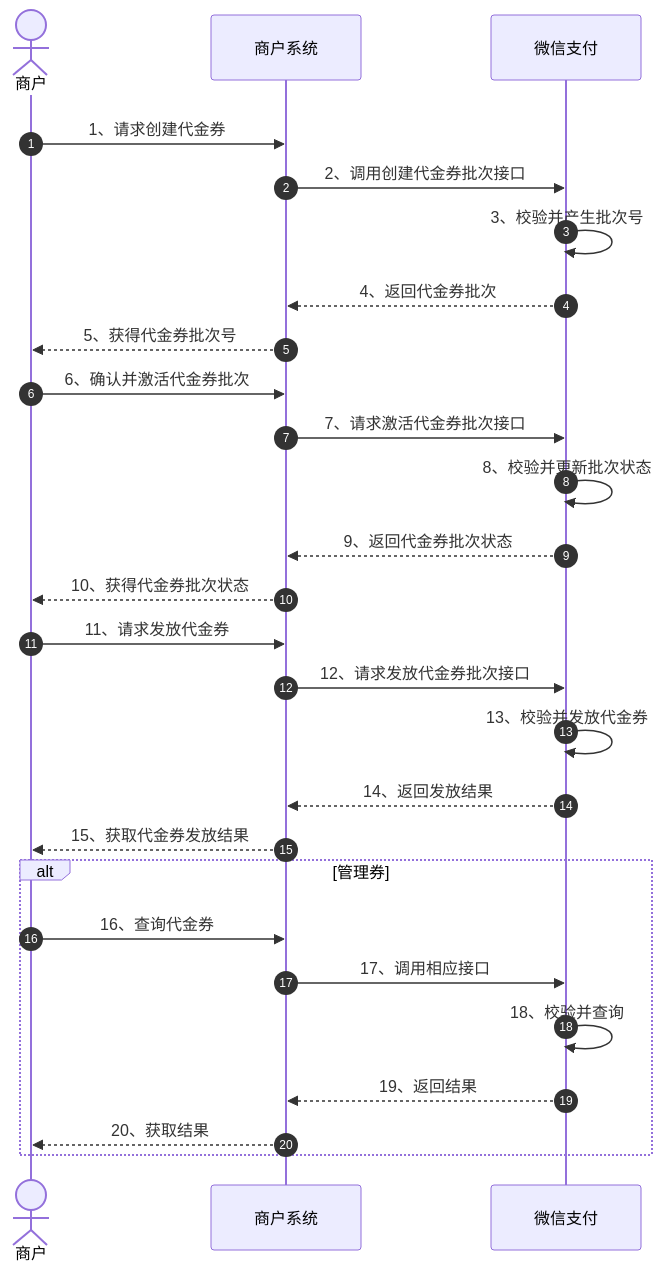
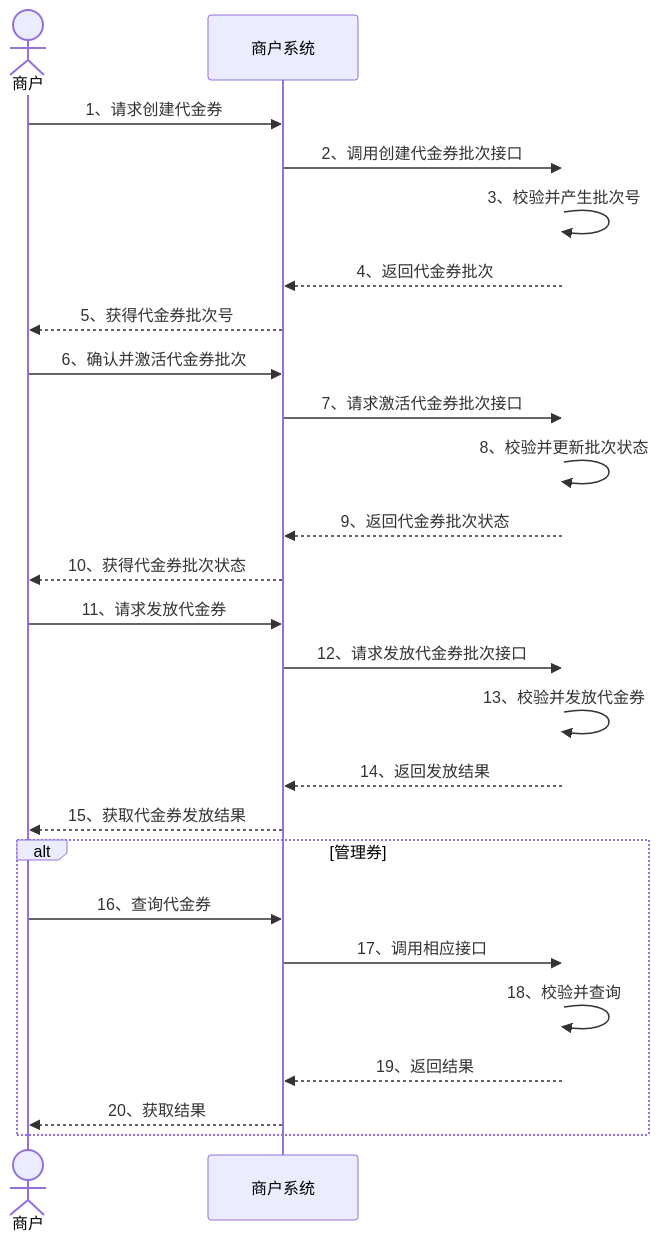
The diagram in docs/partner/pages/4012087802.md (minibear2021/wechatpay_docs), drawn with Mermaid before and after one commit. The commit also changed 793 other files, not shown here.

````diff
--- a/docs/partner/pages/4012087802.md
+++ b/docs/partner/pages/4012087802.md
@@ -19,33 +19,30 @@
 ```mermaid
 sequenceDiagram
-    rect rgb(255,255,255)
-        autonumber
         actor Mch as 商户
         participant Mch2 as 商户系统
-        participant WxPay as 微信支付
+        participant WxPay@{ type: secondaryActor }  as 微信支付
 
         Mch->>Mch2: 1、请求创建代金券
         Mch2->>WxPay: 2、调用创建代金券批次接口
         WxPay->>WxPay: 3、校验并产生批次号
         WxPay-->>Mch2: 4、返回代金券批次
         Mch2-->>Mch: 5、获得代金券批次号
         Mch->>Mch2: 6、确认并激活代金券批次
         Mch2->>WxPay: 7、请求激活代金券批次接口
         WxPay->>WxPay: 8、校验并更新批次状态
         WxPay-->>Mch2: 9、返回代金券批次状态
         Mch2-->>Mch: 10、获得代金券批次状态
         Mch->>Mch2: 11、请求发放代金券
         Mch2->>WxPay: 12、请求发放代金券批次接口
         WxPay->>WxPay: 13、校验并发放代金券
         WxPay-->>Mch2: 14、返回发放结果
         Mch2-->>Mch: 15、获取代金券发放结果
 
         alt 管理券
             Mch->>Mch2: 16、查询代金券
             Mch2->>WxPay: 17、调用相应接口
             WxPay->>WxPay: 18、校验并查询
             WxPay-->>Mch2: 19、返回结果
             Mch2-->>Mch: 20、获取结果
         end
-    end
 ```
````
